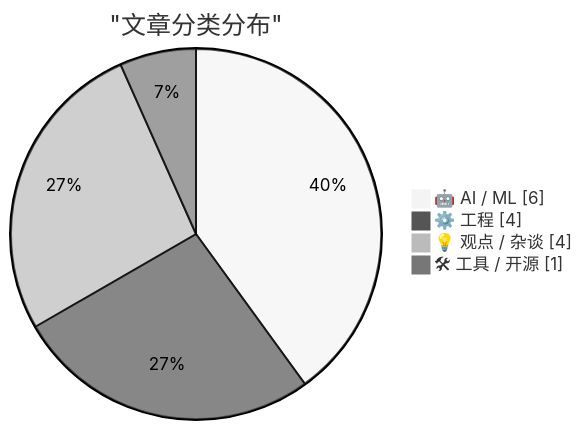
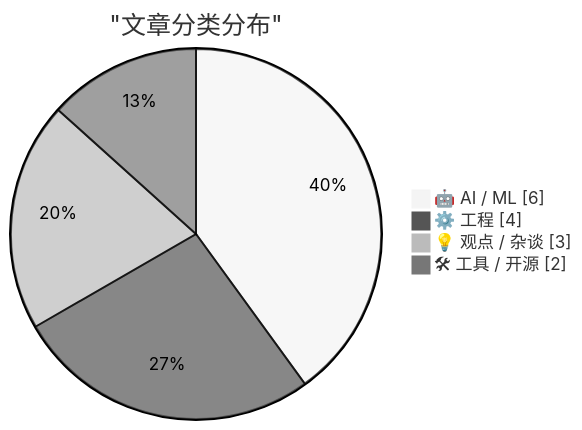
Before and after one commit to ChuYinan2023/ai-daily-digest: the first of 2 diagrams in digests/digest-20260215.md, drawn with Mermaid (neutral theme). The commit also changed other lines of this file and 3 other files, not shown here.

````diff
--- a/digests/digest-20260215.md
+++ b/digests/digest-20260215.md
@@ -53,8 +53,8 @@
 ```mermaid
 pie showData
     title "文章分类分布"
     "🤖 AI / ML" : 6
     "⚙️ 工程" : 4
-    "💡 观点 / 杂谈" : 4
-    "🛠 工具 / 开源" : 1
+    "💡 观点 / 杂谈" : 3
+    "🛠 工具 / 开源" : 2
 ```
````
